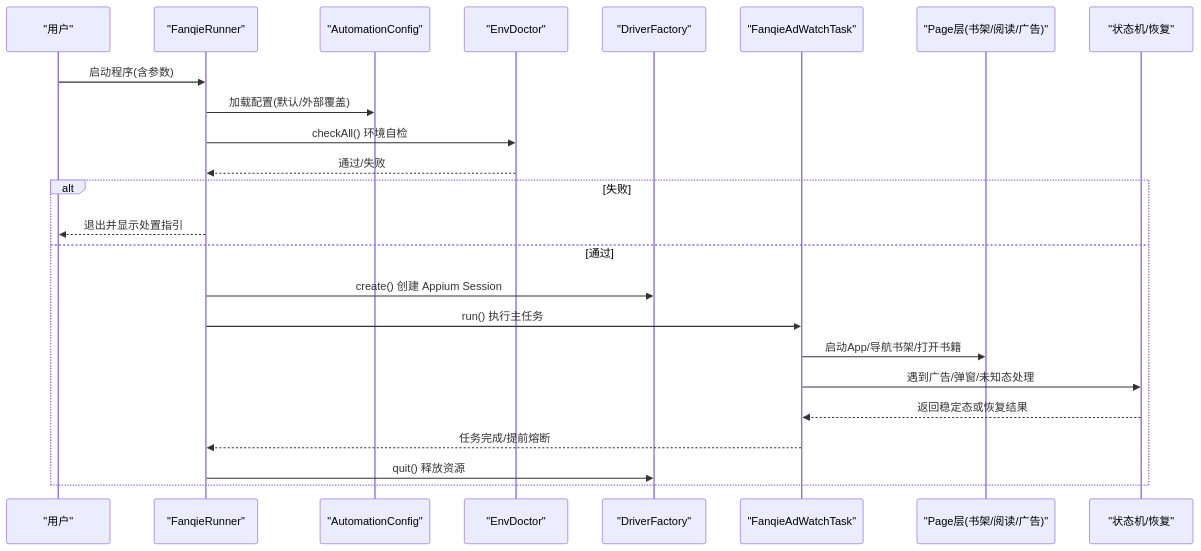
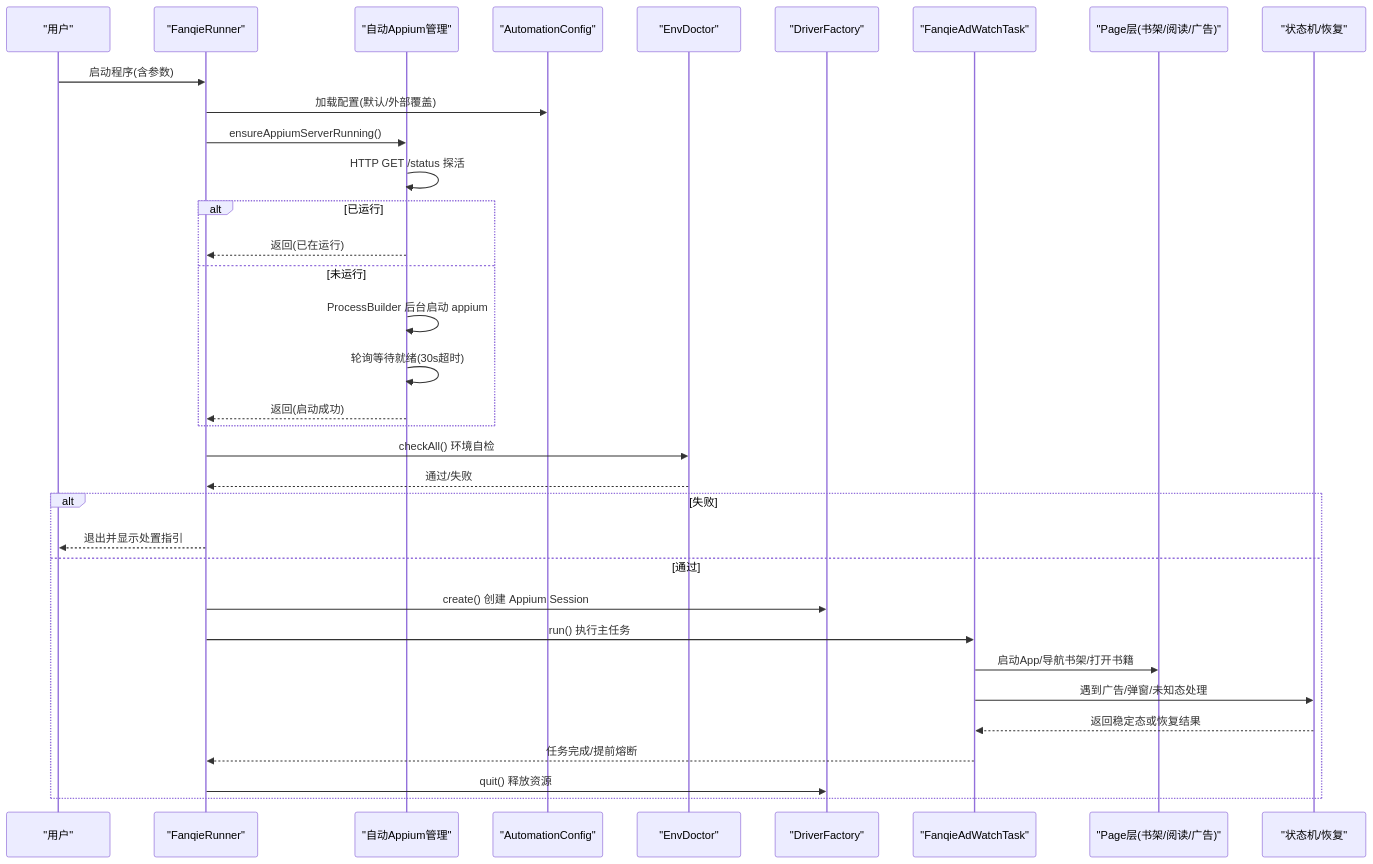
The second of 5 diagrams in .qoder/repowiki/zh/content/快速开始.md (silencelabsk/jiulouyu), drawn with Mermaid before and after one commit. The commit also changed other lines of this file and 30 other files, not shown here.

````diff
--- a/.qoder/repowiki/zh/content/快速开始.md
+++ b/.qoder/repowiki/zh/content/快速开始.md
@@ -78,26 +89,36 @@
 ```mermaid
 sequenceDiagram
 participant U as "用户"
 participant R as "FanqieRunner"
+participant A as "自动Appium管理"
 participant C as "AutomationConfig"
 participant D as "EnvDoctor"
 participant F as "DriverFactory"
 participant T as "FanqieAdWatchTask"
 participant P as "Page层(书架/阅读/广告)"
 participant S as "状态机/恢复"
 U->>R : 启动程序(含参数)
 R->>C : 加载配置(默认/外部覆盖)
+R->>A : ensureAppiumServerRunning()
+A->>A : HTTP GET /status 探活
+alt 已运行
+A-->>R : 返回(已在运行)
+else 未运行
+A->>A : ProcessBuilder 后台启动 appium
+A->>A : 轮询等待就绪(30s超时)
+A-->>R : 返回(启动成功)
+end
 R->>D : checkAll() 环境自检
 D-->>R : 通过/失败
 alt 失败
 R-->>U : 退出并显示处置指引
 else 通过
 R->>F : create() 创建 Appium Session
 R->>T : run() 执行主任务
 T->>P : 启动App/导航书架/打开书籍
 T->>S : 遇到广告/弹窗/未知态处理
 S-->>T : 返回稳定态或恢复结果
 T-->>R : 任务完成/提前熔断
 R->>F : quit() 释放资源
 end
 ```
````
